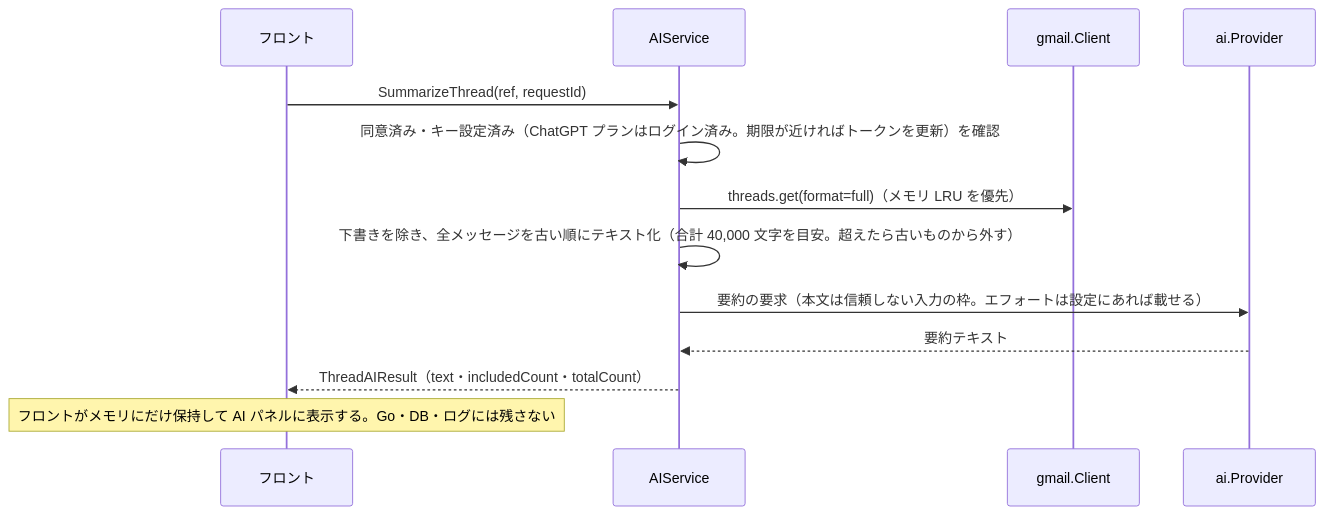
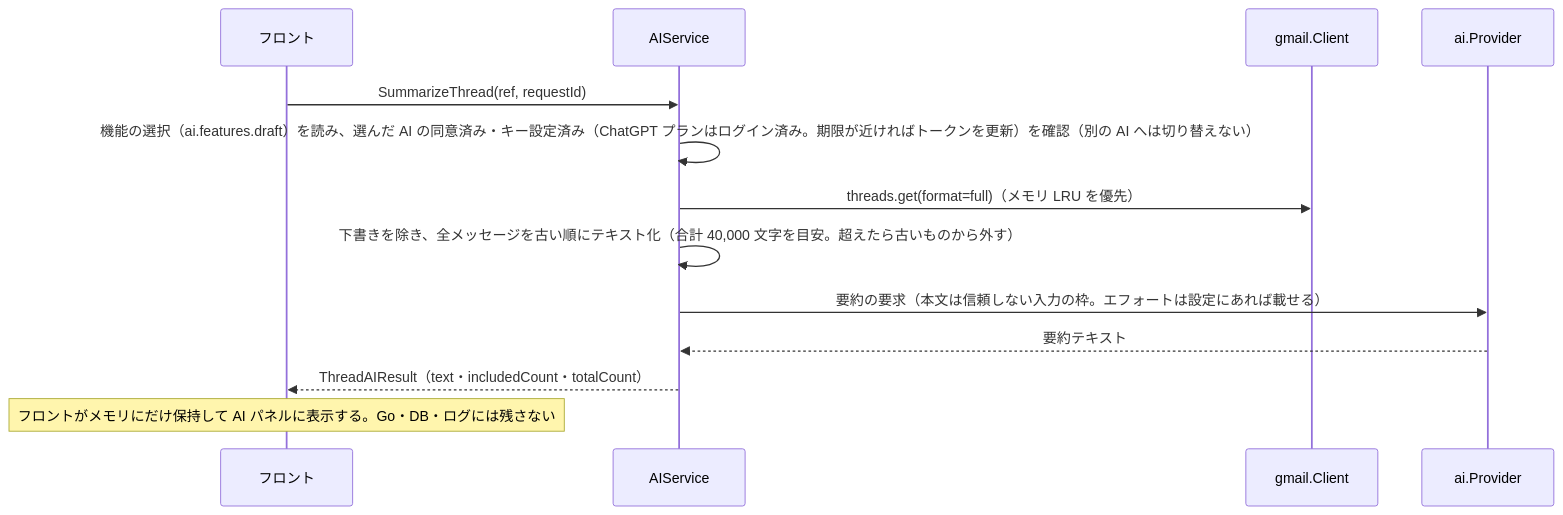
Before and after one commit to ousiassllc/hitomado: the eighth of 10 diagrams in docs/architecture/overview.md, drawn with Mermaid. The commit also changed other lines of this file and 6 other files, not shown here.

````diff
--- a/docs/architecture/overview.md
+++ b/docs/architecture/overview.md
@@ -344,15 +346,15 @@
 ```mermaid
 sequenceDiagram
   participant FE as フロント
   participant AI as AIService
   participant GM as gmail.Client
   participant PV as ai.Provider
   FE->>AI: SummarizeThread(ref, requestId)
-  AI->>AI: 同意済み・キー設定済み（ChatGPT プランはログイン済み。期限が近ければトークンを更新）を確認
+  AI->>AI: 機能の選択（ai.features.draft）を読み、選んだ AI の同意済み・キー設定済み（ChatGPT プランはログイン済み。期限が近ければトークンを更新）を確認（別の AI へは切り替えない）
   AI->>GM: threads.get(format=full)（メモリ LRU を優先）
   AI->>AI: 下書きを除き、全メッセージを古い順にテキスト化（合計 40,000 文字を目安。超えたら古いものから外す）
   AI->>PV: 要約の要求（本文は信頼しない入力の枠。エフォートは設定にあれば載せる）
   PV-->>AI: 要約テキスト
   AI-->>FE: ThreadAIResult（text・includedCount・totalCount）
   Note over FE: フロントがメモリにだけ保持して AI パネルに表示する。Go・DB・ログには残さない
 ```
````
